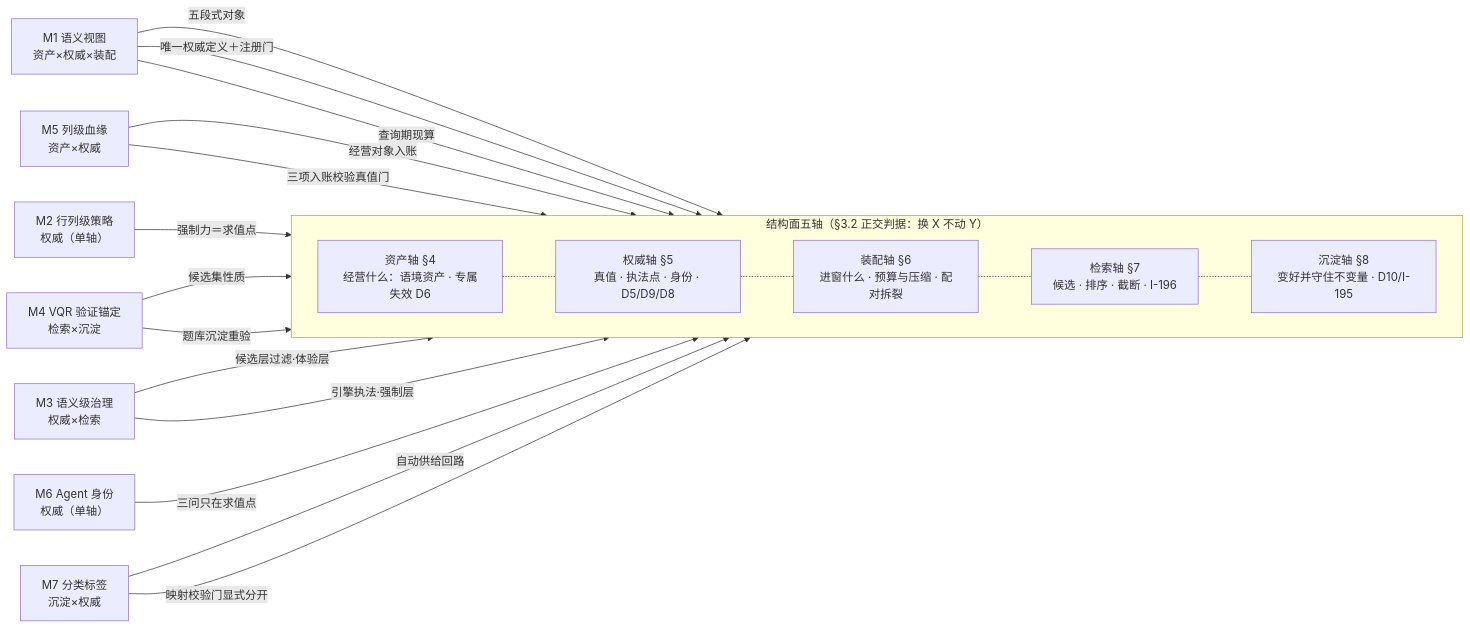
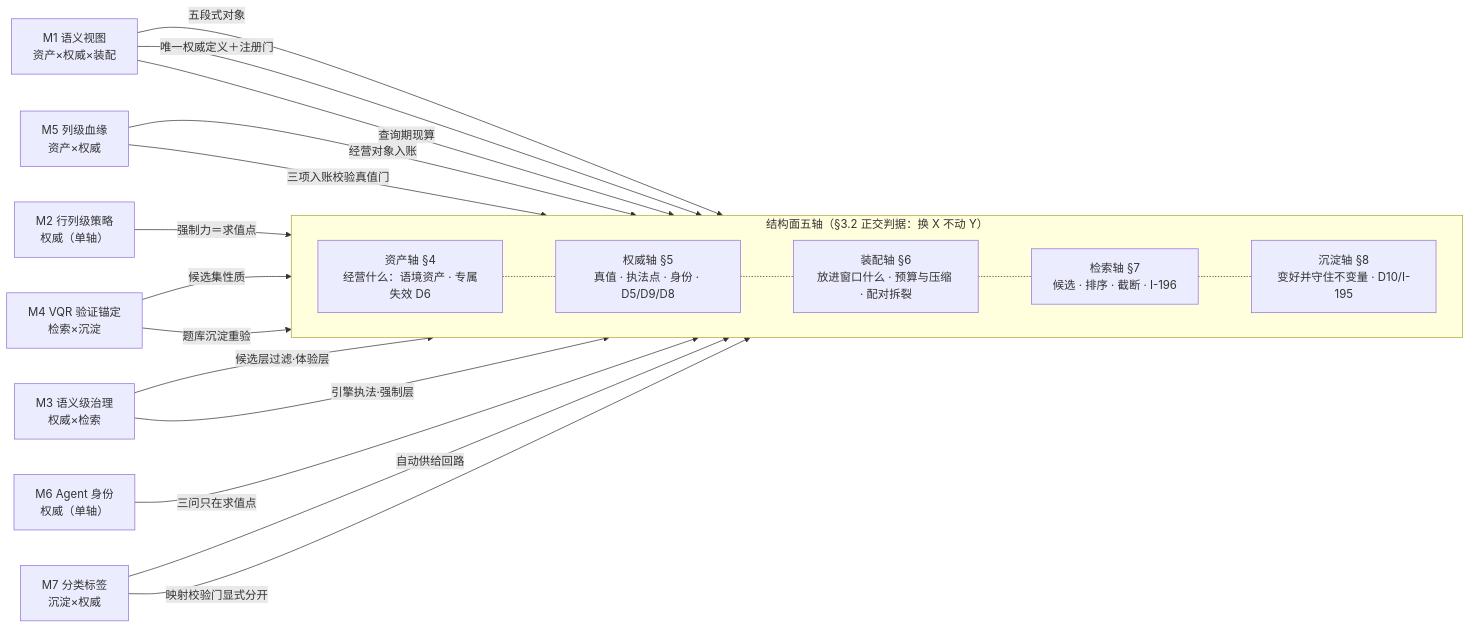
The diagram in docs/assets/mermaid/cognitive-context/context-layer-blueprint--layer-mechanism-map.mmd (ThreeFish-AI/negentropy), drawn with Mermaid before and after one commit. The commit also changed 69 other files, not shown here.

First line of the commit message:
docs(cognitive-context): 013 八张配图随字重渲（candidate 改字，finalize 四门全过，双主题 PNG 重采）;

```diff
--- a/docs/assets/mermaid/cognitive-context/context-layer-blueprint--layer-mechanism-map.mmd
+++ b/docs/assets/mermaid/cognitive-context/context-layer-blueprint--layer-mechanism-map.mmd
@@ -1,37 +1,37 @@
 %%source: docs/research/cognitive-context/013-context-layer-blueprint.md §3.3 机制＝多轴组合（M1–M7 轴向量矩阵：五轴为列、机制跨轴组合）
 %%slug: cognitive-context/context-layer-blueprint--layer-mechanism-map
 %%type: architecture
 %%derived: archify architecture v2, authored fresh（v1 五层×机制-实例对退役；新构型＝结构面五轴主链＋M1–M7 按轴向量跨轴组合，M2/M6 单轴全落权威，无全轴机制、无落不进轴的机制）
 flowchart LR
     subgraph SPINE["结构面五轴（§3.2 正交判据：换 X 不动 Y）"]
         direction LR
         A1["资产轴 §4<br/>经营什么：语境资产 · 专属失效 D6"]
         A2["权威轴 §5<br/>真值 · 执法点 · 身份 · D5/D9/D8"]
-        A3["装配轴 §6<br/>进窗什么 · 预算与压缩 · 配对拆裂"]
+        A3["装配轴 §6<br/>放进窗口什么 · 预算与压缩 · 配对拆裂"]
         A4["检索轴 §7<br/>候选 · 排序 · 截断 · I-196"]
         A5["沉淀轴 §8<br/>变好并守住不变量 · D10/I-195"]
     end
     M1["M1 语义视图<br/>资产×权威×装配"]
     M5["M5 列级血缘<br/>资产×权威"]
     M2["M2 行列级策略<br/>权威（单轴）"]
     M4["M4 VQR 验证锚定<br/>检索×沉淀"]
     M3["M3 语义级治理<br/>权威×检索"]
     M6["M6 Agent 身份<br/>权威（单轴）"]
     M7["M7 分类标签<br/>沉淀×权威"]
     A1 -.- A2
     A2 -.- A3
     A3 -.- A4
     A4 -.- A5
     M1 -->|五段式对象| A1
     M1 -->|唯一权威定义＋注册门| A2
     M1 -->|查询期现算| A3
     M5 -->|经营对象入账| A1
     M5 -->|三项入账校验真值门| A2
     M2 -->|强制力＝求值点| A2
     M4 -->|候选集性质| A4
     M4 -->|题库沉淀重验| A5
     M3 -->|候选层过滤·体验层| A4
     M3 -->|引擎执法·强制层| A2
     M6 -->|三问只在求值点| A2
     M7 -->|自动供给回路| A5
     M7 -->|映射校验门显式分开| A2
```
